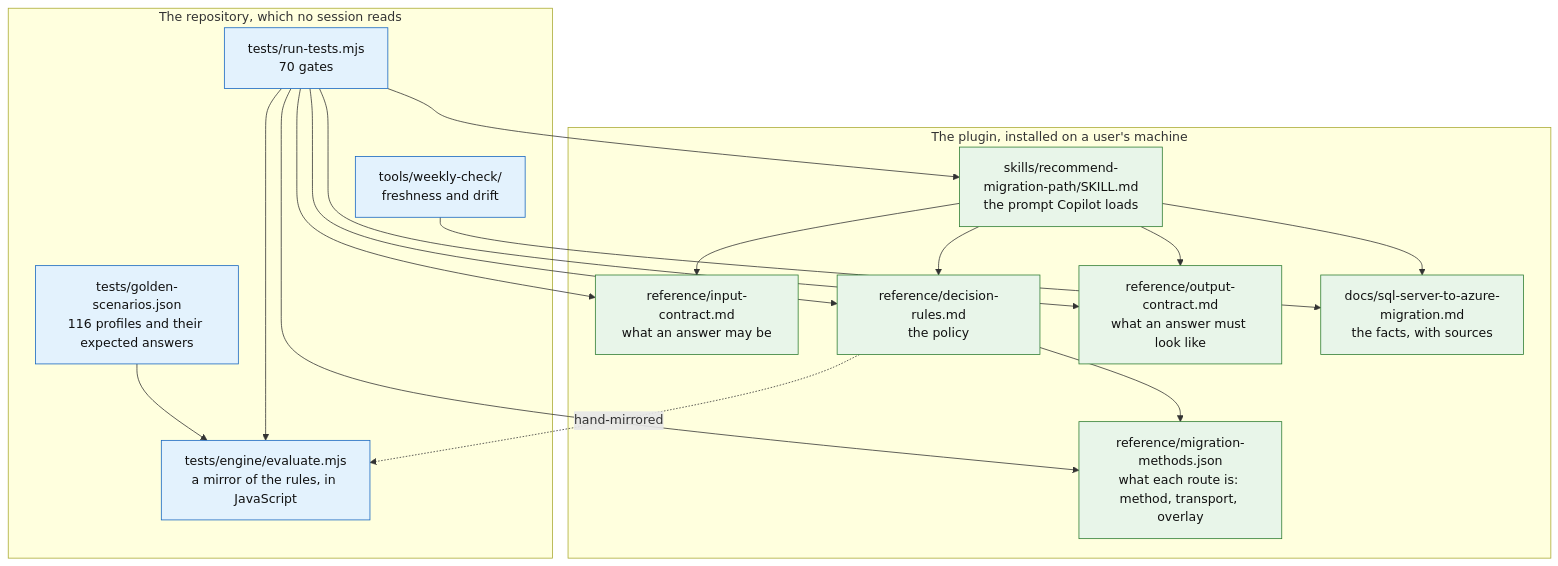
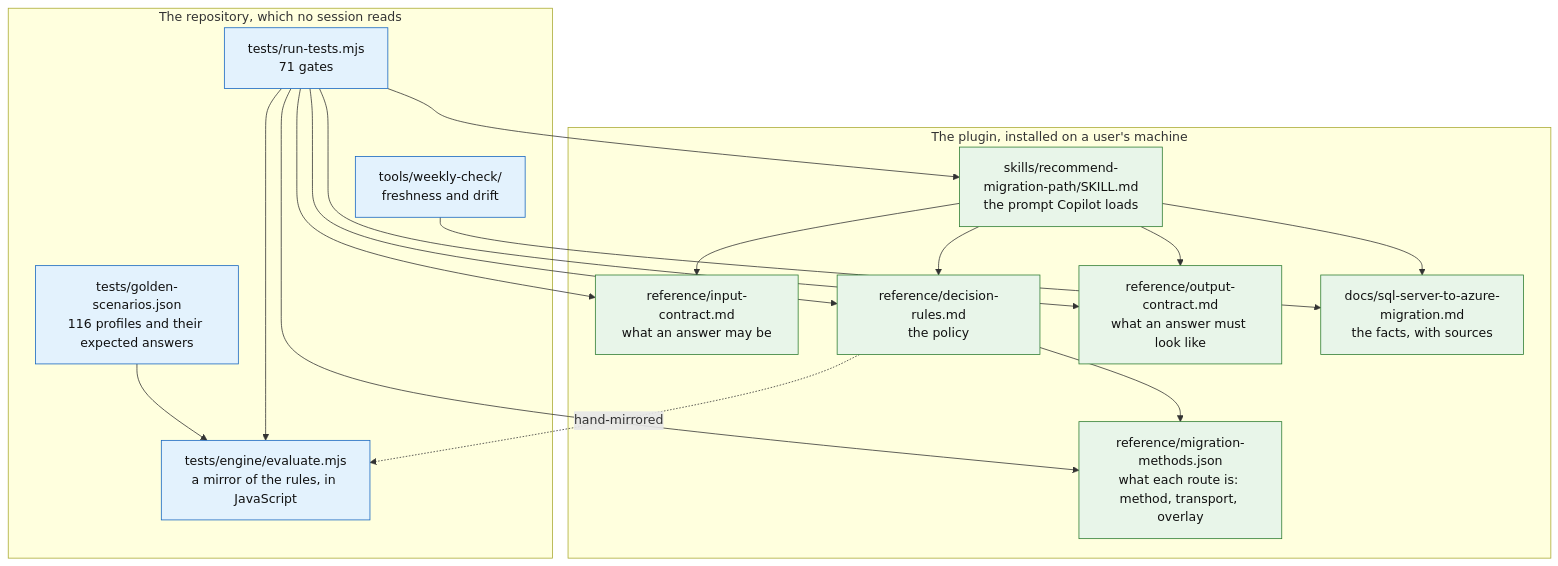
Before and after one commit to fredgis/sql-migration-advisor: the first of 3 diagrams in docs/ARCHITECTURE.md, drawn with Mermaid. The commit also changed other lines of this file and 11 other files, not shown here.

````diff
--- a/docs/ARCHITECTURE.md
+++ b/docs/ARCHITECTURE.md
@@ -28,38 +28,38 @@
 ```mermaid
 flowchart TD
     subgraph plugin["The plugin, installed on a user's machine"]
       SK["skills/recommend-migration-path/SKILL.md<br/>the prompt Copilot loads"]
       IC["reference/input-contract.md<br/>what an answer may be"]
       DR["reference/decision-rules.md<br/>the policy"]
       OC["reference/output-contract.md<br/>what an answer must look like"]
       MM["reference/migration-methods.json<br/>what each route is: method, transport, overlay"]
       KB["docs/sql-server-to-azure-migration.md<br/>the facts, with sources"]
     end
 
     subgraph repo["The repository, which no session reads"]
       EN["tests/engine/evaluate.mjs<br/>a mirror of the rules, in JavaScript"]
       GS["tests/golden-scenarios.json<br/>116 profiles and their expected answers"]
-      GA["tests/run-tests.mjs<br/>70 gates"]
+      GA["tests/run-tests.mjs<br/>71 gates"]
       WK["tools/weekly-check/<br/>freshness and drift"]
     end
 
     SK --> IC
     SK --> DR
     SK --> OC
     SK --> KB
     DR --> MM
     DR -.->|hand-mirrored| EN
     GS --> EN
     GA --> EN
     GA --> SK
     GA --> IC
     GA --> DR
     GA --> OC
     GA --> MM
     WK --> KB
 
     classDef live fill:#e8f5e9,stroke:#2e7d32,color:#111
     classDef test fill:#e3f2fd,stroke:#1565c0,color:#111
     class SK,IC,DR,OC,KB,MM live
     class EN,GS,GA,WK test
 ```
````
